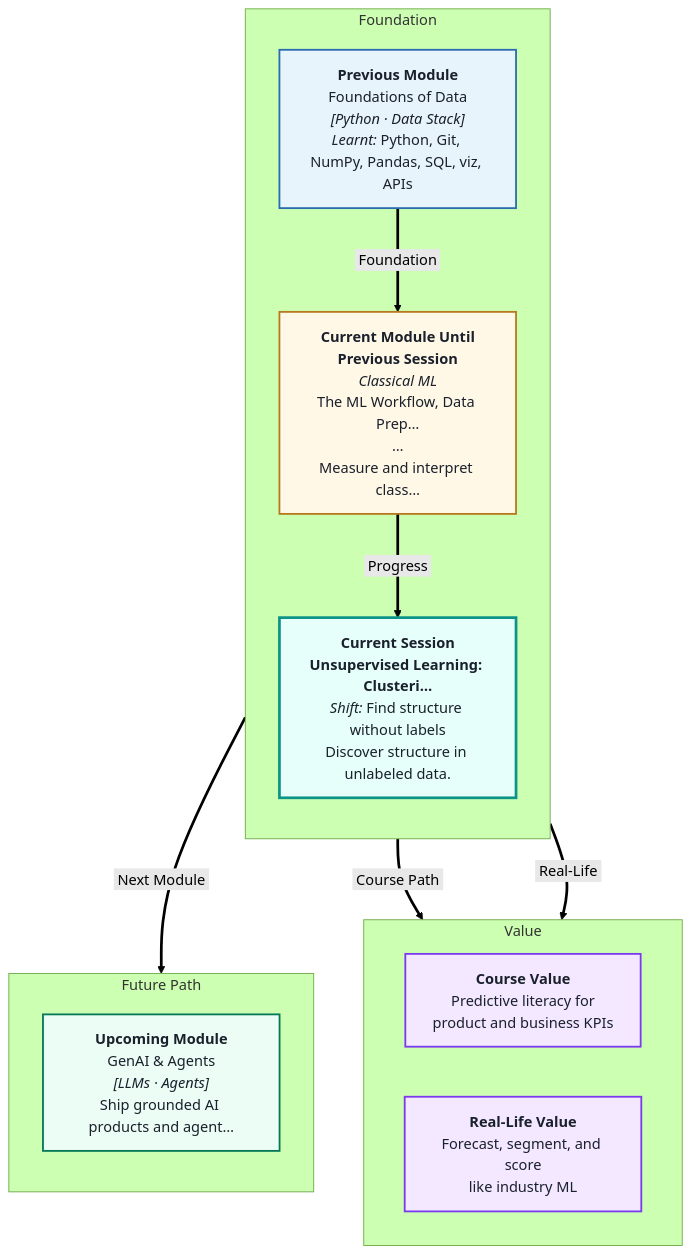
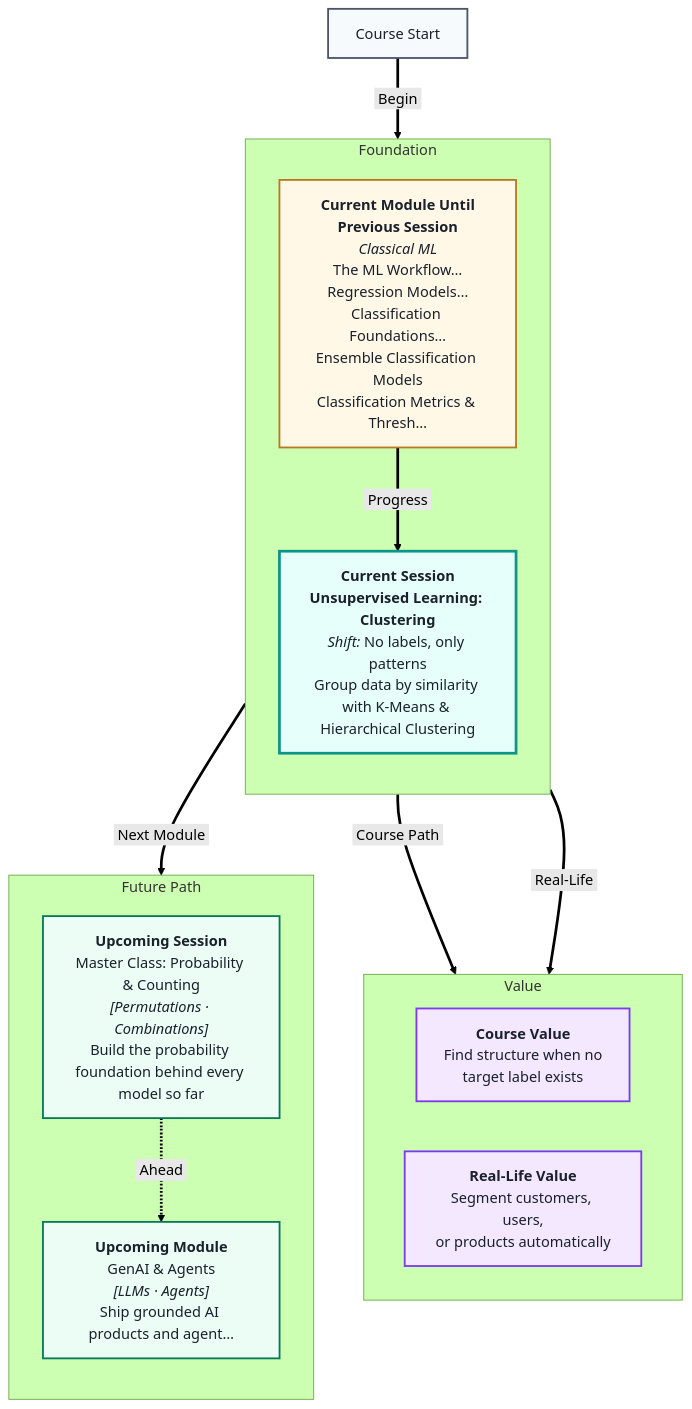
The diagram in IITP_AIML_Regional/IITP-AIMLTN-2605/Module 2- Classical ML/Session 9- Unsupervised Learning- Clustering/mental Map: Unsupervised Learning: Clustering.md (ritzrmx/Masai_Curriculum), drawn with Mermaid (forest theme) before and after one commit. The commit also changed 47 other files, not shown here.

First line of the commit message:
Regenerate Module 2 (Classical ML) lecture scripts, mental maps & coding problems

````diff
--- a/IITP_AIML_Regional/IITP-AIMLTN-2605/Module 2- Classical ML/Session 9- Unsupervised Learning- Clustering/mental Map: Unsupervised Learning: Clustering.md
+++ b/IITP_AIML_Regional/IITP-AIMLTN-2605/Module 2- Classical ML/Session 9- Unsupervised Learning- Clustering/mental Map: Unsupervised Learning: Clustering.md
@@ -1,41 +1,42 @@
 ```mermaid
 %%{init: {'flowchart': {'nodeSpacing': 55, 'rankSpacing': 65, 'diagramPadding': 24}}}%%
 flowchart TB
 linkStyle default stroke-width:3px
 
 subgraph foundation[" Foundation "]
 direction TB
-    P0["<b>Previous Module</b><br/>Foundations of Data<br/><i>[Python · Data Stack]</i><br/><i>Learnt:</i> Python, Git, NumPy, Pandas, SQL, viz, APIs"]
-    CURMOD["<b>Current Module Until<br/>Previous Session</b><br/><i>Classical ML</i><br/>The ML Workflow, Data Prep…<br/>…<br/>Measure and interpret class…"]
-    CURSES["<b>Current Session</b><br/><b>Unsupervised Learning: Clusteri…</b><br/><i>Shift:</i> Find structure without labels<br/>Discover structure in unlabeled data."]
+    CURMOD["<b>Current Module Until<br/>Previous Session</b><br/><i>Classical ML</i><br/>The ML Workflow…<br/>Regression Models…<br/>Classification Foundations…<br/>Ensemble Classification Models<br/>Classification Metrics & Thresh…"]
+    CURSES["<b>Current Session</b><br/><b>Unsupervised Learning: Clustering</b><br/><i>Shift:</i> No labels, only patterns<br/>Group data by similarity with K-Means & Hierarchical Clustering"]
 end
 
 subgraph value[" Value "]
 direction LR
-    CVAL["<b>Course Value</b><br/>Predictive literacy for<br/>product and business KPIs"]
-    RVAL["<b>Real-Life Value</b><br/>Forecast, segment, and score<br/>like industry ML"]
+    CVAL["<b>Course Value</b><br/>Find structure when no<br/>target label exists"]
+    RVAL["<b>Real-Life Value</b><br/>Segment customers, users,<br/>or products automatically"]
 end
 
 subgraph future[" Future Path "]
 direction TB
-    U0["<b>Upcoming Module</b><br/>GenAI & Agents<br/><i>[LLMs · Agents]</i><br/>Ship grounded AI products and agent…"]
+    U0["<b>Upcoming Session</b><br/>Master Class: Probability & Counting<br/><i>[Permutations · Combinations]</i><br/>Build the probability foundation behind every model so far"]
+    U1["<b>Upcoming Module</b><br/>GenAI & Agents<br/><i>[LLMs · Agents]</i><br/>Ship grounded AI products and agent…"]
 end
 
-P0 ==>|&nbsp;Foundation&nbsp;| CURMOD
+START["Course Start"] ==>|&nbsp;Begin&nbsp;| CURMOD
 CURMOD ==>|&nbsp;Progress&nbsp;| CURSES
 CURSES ==>|&nbsp;Course Path&nbsp;| CVAL
 CURSES ==>|&nbsp;Real-Life&nbsp;| RVAL
 CURSES ==>|&nbsp;Next Module&nbsp;| U0
+U0 -.->|&nbsp;Ahead&nbsp;| U1
 
 classDef prevBox fill:#E8F4FC,stroke:#2B6CB0,stroke-width:2px,color:#1A202C
 classDef curModBox fill:#FFF8E6,stroke:#B7791F,stroke-width:2px,color:#1A202C
 classDef curSessBox fill:#E6FFFA,stroke:#0D9488,stroke-width:3px,color:#1A202C
 classDef valueBox fill:#F3E8FF,stroke:#7C3AED,stroke-width:2px,color:#1A202C
 classDef futureBox fill:#ECFDF5,stroke:#047857,stroke-width:2px,color:#1A202C
 classDef startBox fill:#F7FAFC,stroke:#4A5568,stroke-width:2px,color:#1A202C
-class P0 prevBox
+class START startBox
 class CURMOD curModBox
 class CURSES curSessBox
 class CVAL,RVAL valueBox
-class U0 futureBox
+class U0,U1 futureBox
 ```
````
